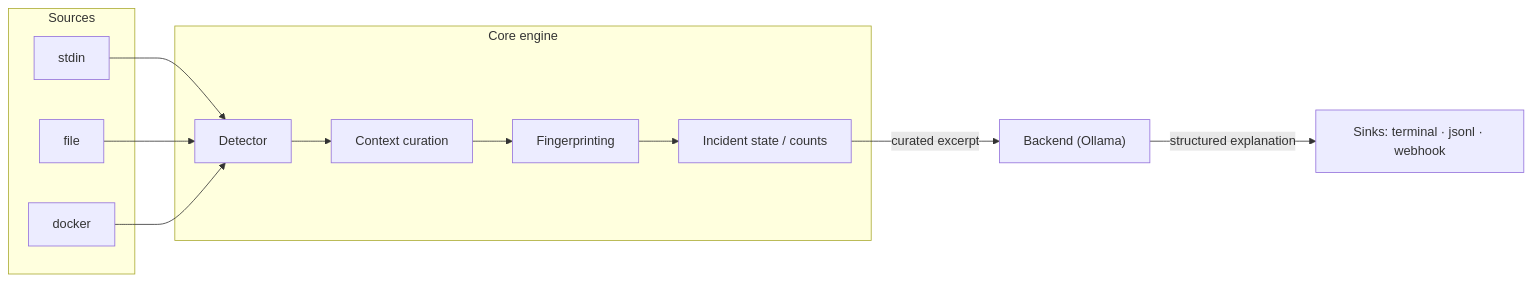
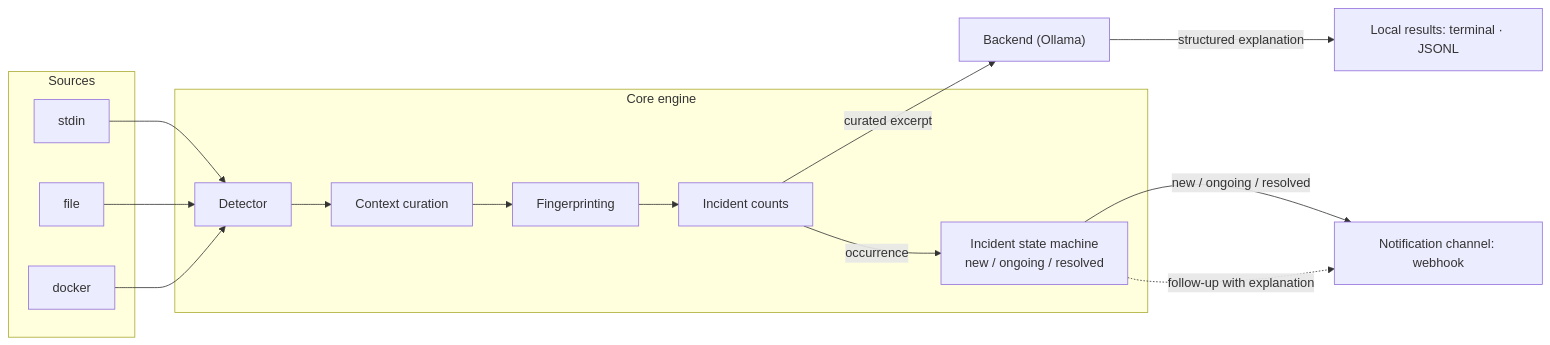
The diagram in README.md (shaheeranser/watcher), drawn with Mermaid before and after one commit. The commit also changed other lines of this file, not shown here.

First line of the commit message:
docs: document the Compose stack and notification lifecycle

````diff
--- a/README.md
+++ b/README.md
@@ -105,27 +134,32 @@
 ```mermaid
 flowchart LR
     subgraph sources["Sources"]
         s_stdin["stdin"]
         s_file["file"]
         s_docker["docker"]
     end
 
     subgraph core["Core engine"]
         detector["Detector"]
         curation["Context curation"]
         fingerprint["Fingerprinting"]
-        counts["Incident state / counts"]
+        counts["Incident counts"]
+        machine["Incident state machine<br/>new / ongoing / resolved"]
     end
 
     backend["Backend (Ollama)"]
-    sinks["Sinks: terminal · jsonl · webhook"]
+    results["Local results: terminal · JSONL"]
+    notify["Notification channel: webhook"]
 
     s_stdin --> detector
     s_file --> detector
     s_docker --> detector
     detector --> curation
     curation --> fingerprint
     fingerprint --> counts
     counts -->|curated excerpt| backend
-    backend -->|structured explanation| sinks
+    counts -->|occurrence| machine
+    machine -->|new / ongoing / resolved| notify
+    backend -->|structured explanation| results
+    machine -.->|follow-up with explanation| notify
 ```
````
